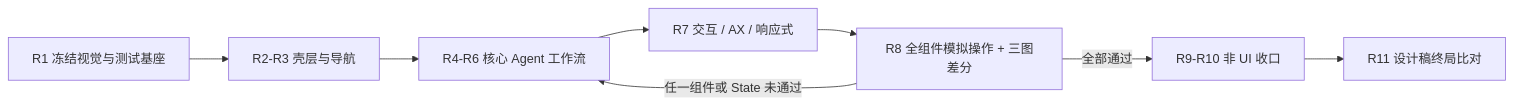
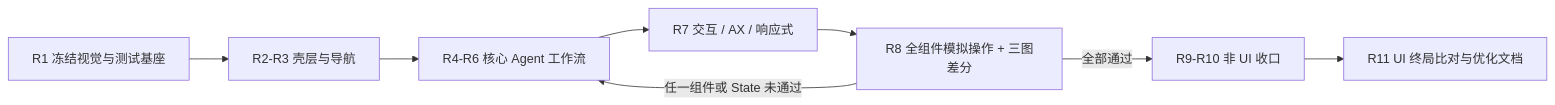
The diagram in ROADMAP.md (expcat/Pawork), drawn with Mermaid before and after one commit. The commit also changed other lines of this file and 7 other files, not shown here.

Commit message:
docs(roadmap): redefine R11 as UI final comparison and optimization document

````diff
--- a/ROADMAP.md
+++ b/ROADMAP.md
@@ -81,10 +81,10 @@
 ```mermaid
 flowchart LR
     A["R1 冻结视觉与测试基座"] --> B["R2-R3 壳层与导航"]
     B --> C["R4-R6 核心 Agent 工作流"]
     C --> D["R7 交互 / AX / 响应式"]
     D --> E["R8 全组件模拟操作 + 三图差分"]
     E -->|"任一组件或 State 未通过"| C
     E -->|"全部通过"| F["R9-R10 非 UI 收口"]
-    F --> G["R11 设计稿终局比对"]
+    F --> G["R11 UI 终局比对与优化文档"]
 ```
````
